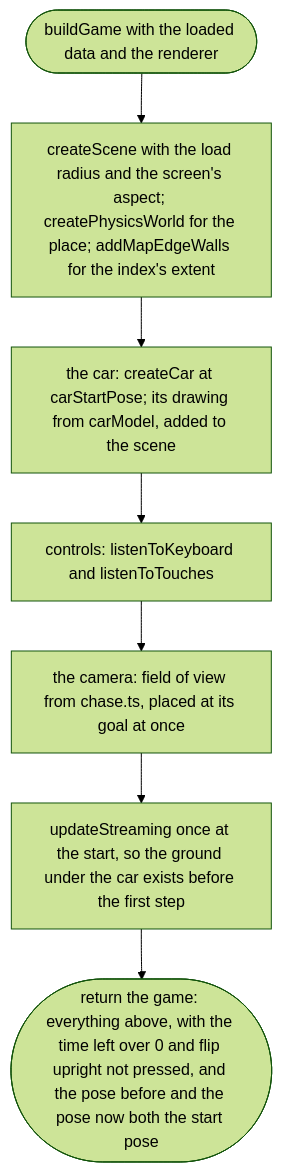
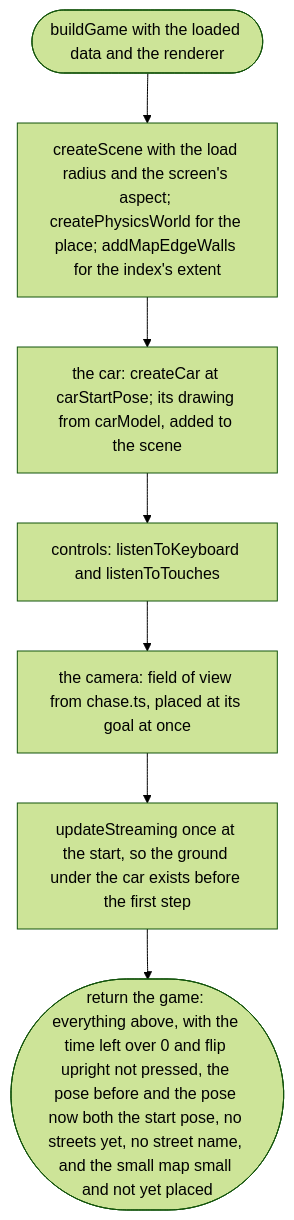
Before and after one commit to NewDara-Star/world-engine: the third of 6 diagrams in docs/designs/src/game/main.md, drawn with Mermaid (forest theme). The commit also changed other lines of this file and 58 other files, not shown here.

First line of the commit message:
Slice 1b: the street you are on, and a small map

````diff
--- a/docs/designs/src/game/main.md
+++ b/docs/designs/src/game/main.md
@@ -54,11 +55,11 @@
 ```mermaid
 flowchart TD
   s(["buildGame with the loaded data and the renderer"])
   a["createScene with the load radius and the screen's aspect; createPhysicsWorld for the place; addMapEdgeWalls for the index's extent"]
   b["the car: createCar at carStartPose; its drawing from carModel, added to the scene"]
   c["controls: listenToKeyboard and listenToTouches"]
   d["the camera: field of view from chase.ts, placed at its goal at once"]
   e["updateStreaming once at the start, so the ground under the car exists before the first step"]
-  f(["return the game: everything above, with the time left over 0 and flip upright not pressed, and the pose before and the pose now both the start pose"])
+  f(["return the game: everything above, with the time left over 0 and flip upright not pressed, the pose before and the pose now both the start pose, no streets yet, no street name, and the small map small and not yet placed"])
   s --> a --> b --> c --> d --> e --> f
 ```
````
